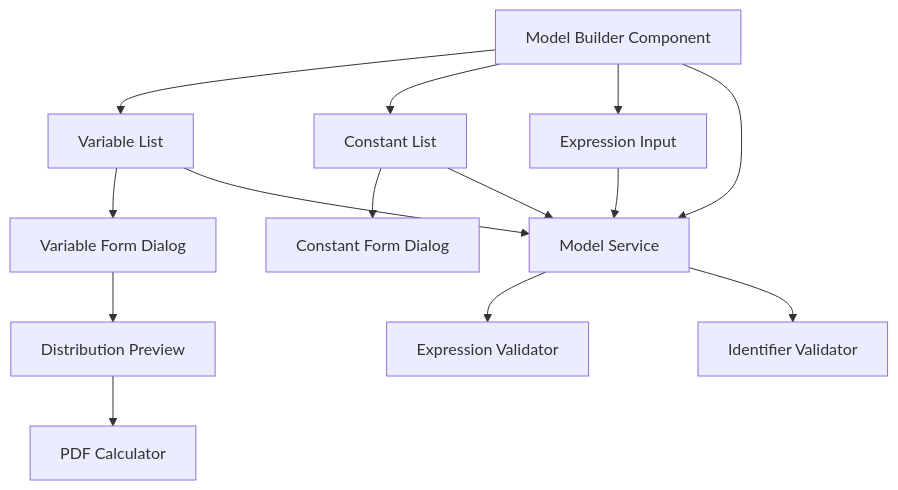
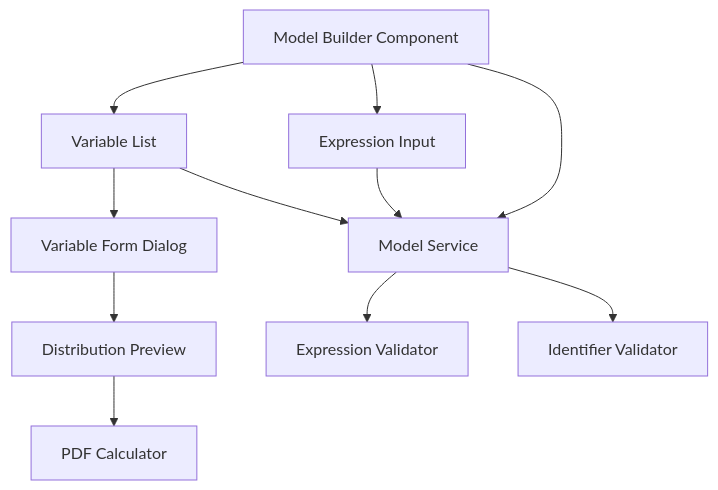
One commit to alxolr/montesimu changed the first of 2 diagrams in docs/specs/monte-carlo-model-builder/design.md. Above: the diagram before and after it, drawn with Mermaid. The commit also changed other lines of this file and 20 other files, not shown here.

````diff
--- a/docs/specs/monte-carlo-model-builder/design.md
+++ b/docs/specs/monte-carlo-model-builder/design.md
@@ -20,22 +19,18 @@
 ```mermaid
 graph TD
     MB[Model Builder Component]
     
     MB --> VL[Variable List]
-    MB --> CL[Constant List]
     MB --> EI[Expression Input]
     
     VL --> VF[Variable Form Dialog]
     VF --> DP[Distribution Preview]
     
-    CL --> CF[Constant Form Dialog]
-    
     MB --> MS[Model Service]
     VL --> MS
-    CL --> MS
     EI --> MS
     
     MS --> EV[Expression Validator]
     MS --> IV[Identifier Validator]
     DP --> PC[PDF Calculator]
 ```
````
